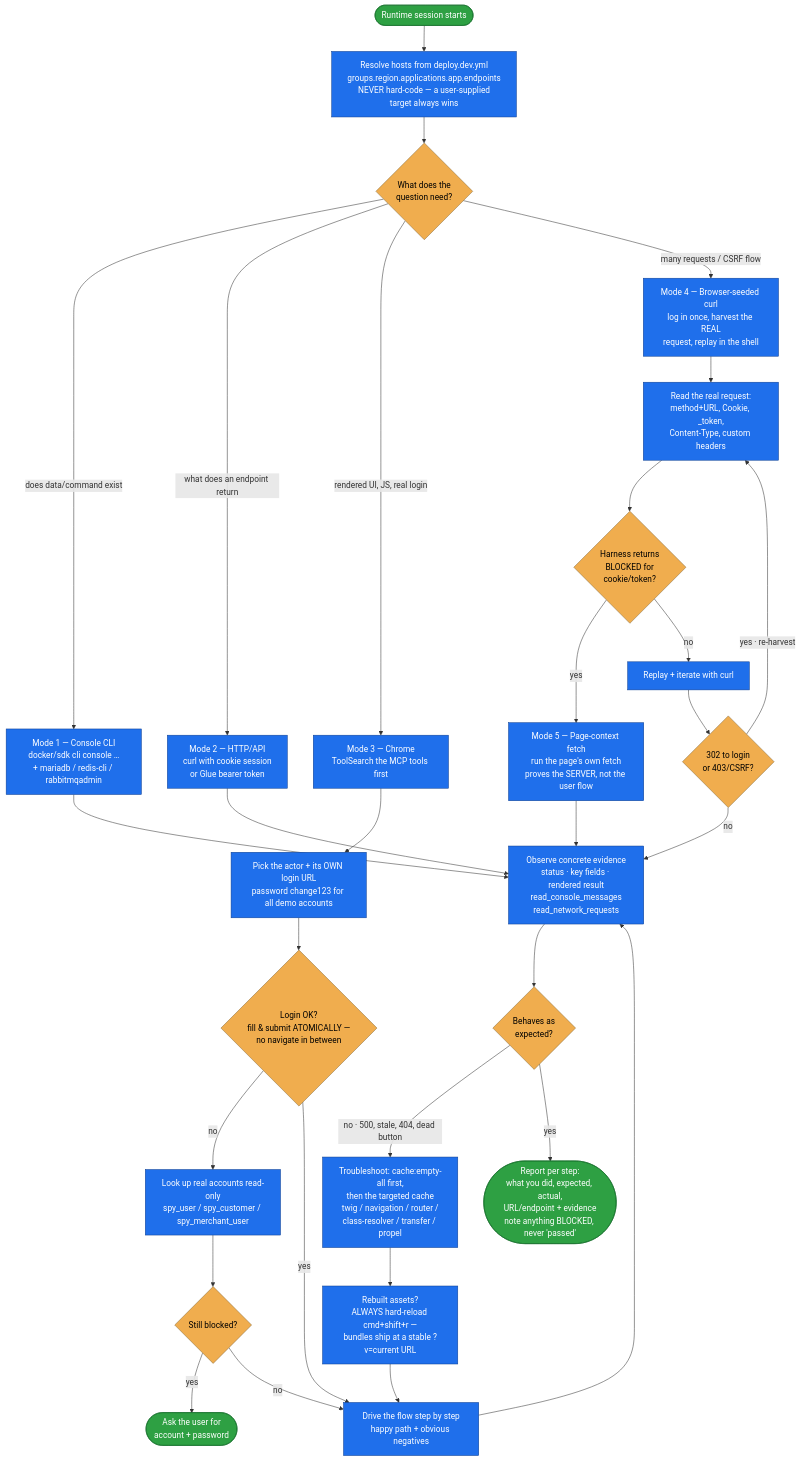
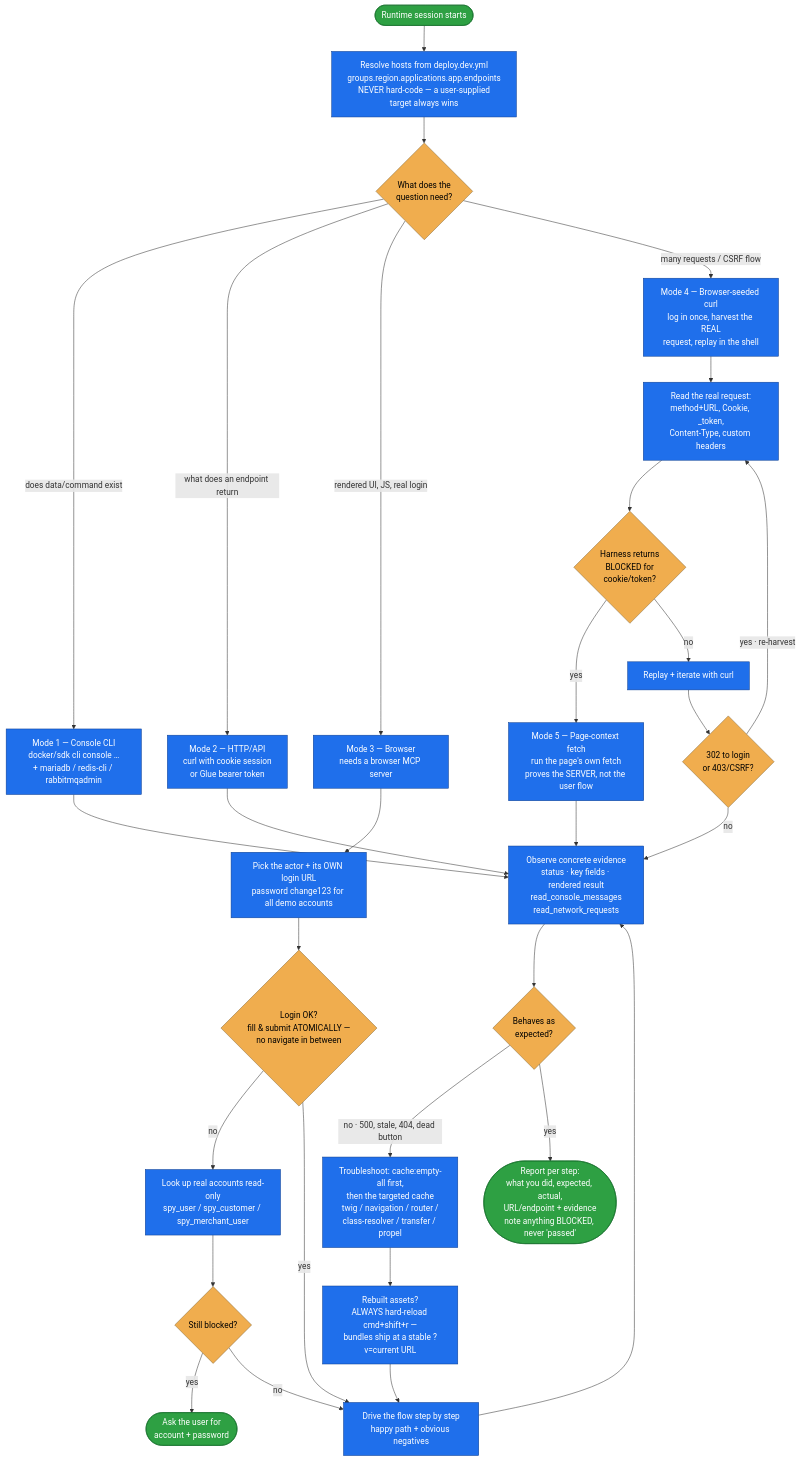
The diagram in plugins/spryker-ai-dev-sdk/skills/spryker-runtime/README.md (spryker-sdk/ai-dev), drawn with Mermaid before and after one commit. The commit also changed other lines of this file and 128 other files, not shown here.

````diff
--- a/plugins/spryker-ai-dev-sdk/skills/spryker-runtime/README.md
+++ b/plugins/spryker-ai-dev-sdk/skills/spryker-runtime/README.md
@@ -22,45 +22,45 @@
 ```mermaid
 flowchart TD
     A([Runtime session starts]) --> H["Resolve hosts from deploy.dev.yml<br/>groups.region.applications.app.endpoints<br/>NEVER hard-code — a user-supplied<br/>target always wins"]
 
     H --> Q{"What does the<br/>question need?"}
 
     Q -- "does data/command exist" --> M1["Mode 1 — Console CLI<br/>docker/sdk cli console …<br/>+ mariadb / redis-cli / rabbitmqadmin"]
     Q -- "what does an endpoint return" --> M2["Mode 2 — HTTP/API<br/>curl with cookie session<br/>or Glue bearer token"]
-    Q -- "rendered UI, JS, real login" --> M3["Mode 3 — Chrome<br/>ToolSearch the MCP tools first"]
+    Q -- "rendered UI, JS, real login" --> M3["Mode 3 — Browser<br/>needs a browser MCP server"]
     Q -- "many requests / CSRF flow" --> M4["Mode 4 — Browser-seeded curl<br/>log in once, harvest the REAL<br/>request, replay in the shell"]
 
     M3 --> L["Pick the actor + its OWN login URL<br/>password change123 for all demo accounts"]
     L --> LOGIN{"Login OK?<br/>fill &amp; submit ATOMICALLY —<br/>no navigate in between"}
     LOGIN -- "no" --> DB["Look up real accounts read-only<br/>spy_user / spy_customer / spy_merchant_user"]
     DB --> LOGIN2{"Still blocked?"}
     LOGIN2 -- "yes" --> ASK([Ask the user for<br/>account + password])
     LOGIN2 -- "no" --> ACT
     LOGIN -- "yes" --> ACT["Drive the flow step by step<br/>happy path + obvious negatives"]
 
     ACT --> EV["Observe concrete evidence<br/>status · key fields · rendered result<br/>read_console_messages<br/>read_network_requests"]
 
     M4 --> HARVEST["Read the real request:<br/>method+URL, Cookie, _token,<br/>Content-Type, custom headers"]
     HARVEST --> BLOCKED{"Harness returns<br/>BLOCKED for<br/>cookie/token?"}
     BLOCKED -- "yes" --> M5["Mode 5 — Page-context fetch<br/>run the page's own fetch<br/>proves the SERVER, not the user flow"]
     BLOCKED -- "no" --> REPLAY["Replay + iterate with curl"]
     REPLAY --> R403{"302 to login<br/>or 403/CSRF?"}
     R403 -- "yes · re-harvest" --> HARVEST
     R403 -- "no" --> EV
     M5 --> EV
     M1 --> EV
     M2 --> EV
 
     EV --> OK{"Behaves as<br/>expected?"}
     OK -- "no · 500, stale, 404, dead button" --> TS["Troubleshoot: cache:empty-all first,<br/>then the targeted cache<br/>twig / navigation / router /<br/>class-resolver / transfer / propel"]
     TS --> RELOAD["Rebuilt assets?<br/>ALWAYS hard-reload cmd+shift+r —<br/>bundles ship at a stable ?v=current URL"]
     RELOAD --> ACT
     OK -- "yes" --> REP([Report per step:<br/>what you did, expected, actual,<br/>URL/endpoint + evidence<br/>note anything BLOCKED, never 'passed'])
 
     classDef step fill:#1f6feb,stroke:#0b3d91,color:#fff;
     classDef decision fill:#f0ad4e,stroke:#8a6d3b,color:#000;
     classDef terminal fill:#2ea043,stroke:#176f2c,color:#fff;
     class H,M1,M2,M3,M4,M5,L,DB,ACT,EV,HARVEST,REPLAY,TS,RELOAD step;
     class Q,LOGIN,LOGIN2,BLOCKED,R403,OK decision;
     class A,ASK,REP terminal;
 ```
````
